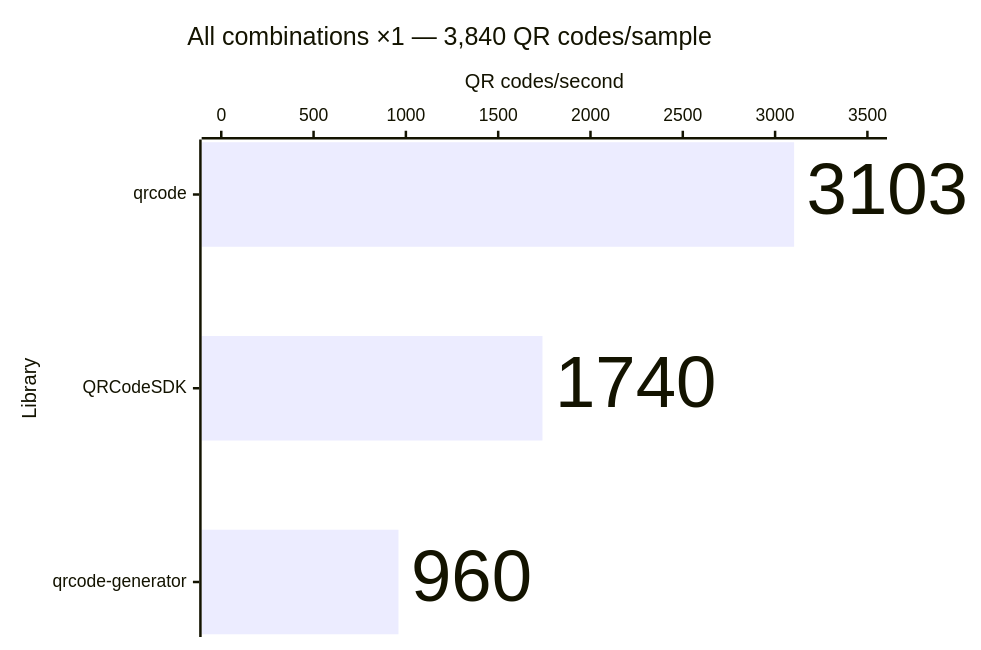
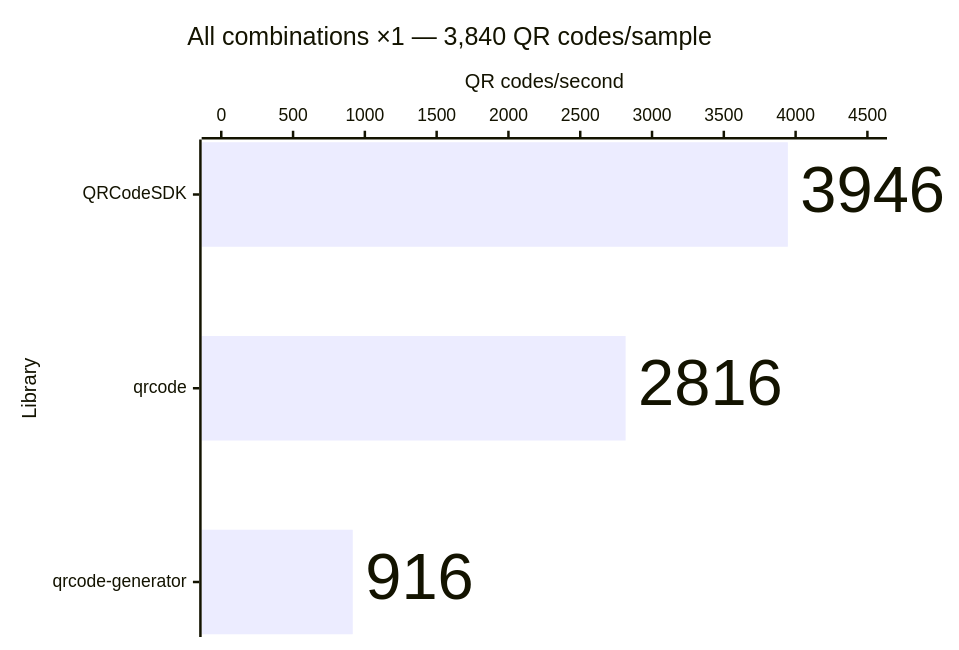
One commit to Dafnik/qrcodesdk changed diagram 11 of 14 in apps/docs/src/content/docs/learn/performance.md. Above: the diagram before and after it, drawn with Mermaid. The commit also changed other lines of this file and 2 other files, not shown here.

````diff
--- a/apps/docs/src/content/docs/learn/performance.md
+++ b/apps/docs/src/content/docs/learn/performance.md
@@ -230,15 +230,15 @@
 ```mermaid
 ---
 config:
   xyChart:
     showDataLabel: true
     showDataLabelOutsideBar: true
 ---
 xychart horizontal
   accTitle: SVG generation: All combinations ×1 — 3,840 QR codes/sample
-  accDescr: Throughput calculated from median time. qrcode 3,103 QR codes per second, QRCodeSDK 1,740 QR codes per second, qrcode-generator 960 QR codes per second. Higher is better.
+  accDescr: Throughput calculated from median time. QRCodeSDK 3,946 QR codes per second, qrcode 2,816 QR codes per second, qrcode-generator 916 QR codes per second. Higher is better.
   title "All combinations ×1 — 3,840 QR codes/sample"
-  x-axis "Library" ["qrcode", "QRCodeSDK", "qrcode-generator"]
-  y-axis "QR codes/second" 0 --> 3500
-  bar [3103, 1740, 960]
+  x-axis "Library" ["QRCodeSDK", "qrcode", "qrcode-generator"]
+  y-axis "QR codes/second" 0 --> 4500
+  bar [3946, 2816, 916]
 ```
````
